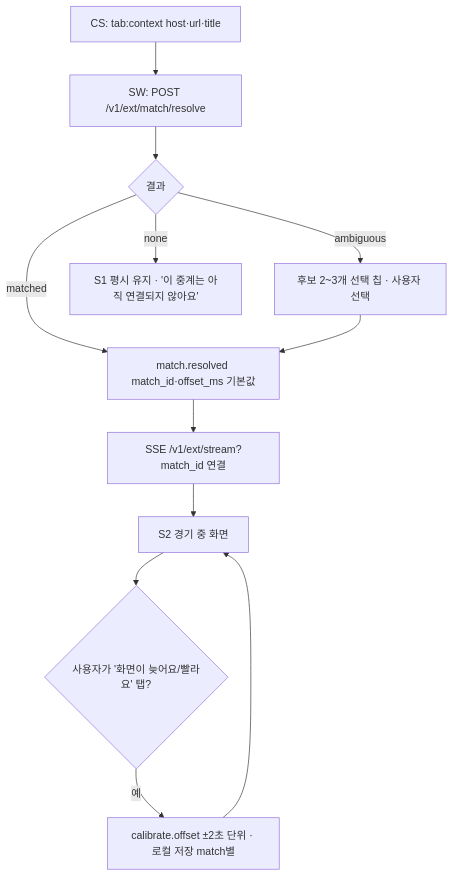
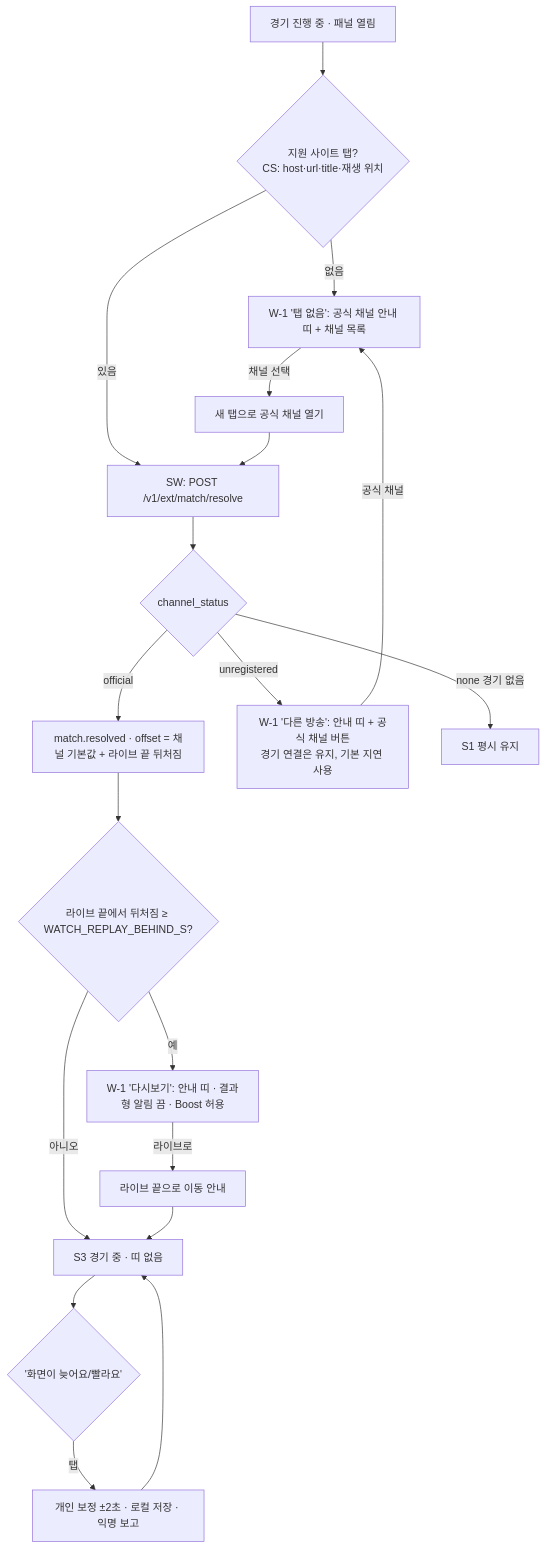
Before and after one commit to piecomp/rorr-extension: the second of 17 diagrams in handoff/08-flowcharts.md, drawn with Mermaid. The commit also changed other lines of this file and 19 other files, not shown here.

````diff
--- a/handoff/08-flowcharts.md
+++ b/handoff/08-flowcharts.md
@@ -57,14 +59,18 @@
 ```mermaid
 flowchart TD
-  A[CS: tab:context host·url·title] --> B[SW: POST /v1/ext/match/resolve]
-  B --> C{결과}
-  C -- matched --> D[match.resolved match_id·offset_ms 기본값]
-  C -- ambiguous --> E[후보 2~3개 선택 칩 · 사용자 선택]
-  E --> D
-  C -- none --> F[S1 평시 유지 · '이 중계는 아직 연결되지 않아요']
-  D --> G[SSE /v1/ext/stream?match_id 연결]
-  G --> H[S2 경기 중 화면]
-  H --> I{사용자가 '화면이 늦어요/빨라요' 탭?}
-  I -- 예 --> J[calibrate.offset ±2초 단위 · 로컬 저장 match별]
-  J --> H
+  A[경기 진행 중 · 패널 열림] --> B{지원 사이트 탭?<br/>CS: host·url·title·재생 위치}
+  B -- 없음 --> N[W-1 '탭 없음': 공식 채널 안내 띠 + 채널 목록]
+  B -- 있음 --> C[SW: POST /v1/ext/match/resolve]
+  C --> D{channel_status}
+  D -- official --> E[match.resolved · offset = 채널 기본값 + 라이브 끝 뒤처짐]
+  D -- unregistered --> O[W-1 '다른 방송': 안내 띠 + 공식 채널 버튼<br/>경기 연결은 유지, 기본 지연 사용]
+  D -- none 경기 없음 --> F[S1 평시 유지]
+  E --> G{라이브 끝에서 뒤처짐 ≥ WATCH_REPLAY_BEHIND_S?}
+  G -- 예 --> R[W-1 '다시보기': 안내 띠 · 결과형 알림 끔 · Boost 허용]
+  G -- 아니오 --> H[S3 경기 중 · 띠 없음]
+  N -- 채널 선택 --> T[새 탭으로 공식 채널 열기] --> C
+  O -- 공식 채널 --> N
+  R -- 라이브로 --> L[라이브 끝으로 이동 안내] --> H
+  H --> I{'화면이 늦어요/빨라요'}
+  I -- 탭 --> J[개인 보정 ±2초 · 로컬 저장 · 익명 보고] --> H
 ```
````
